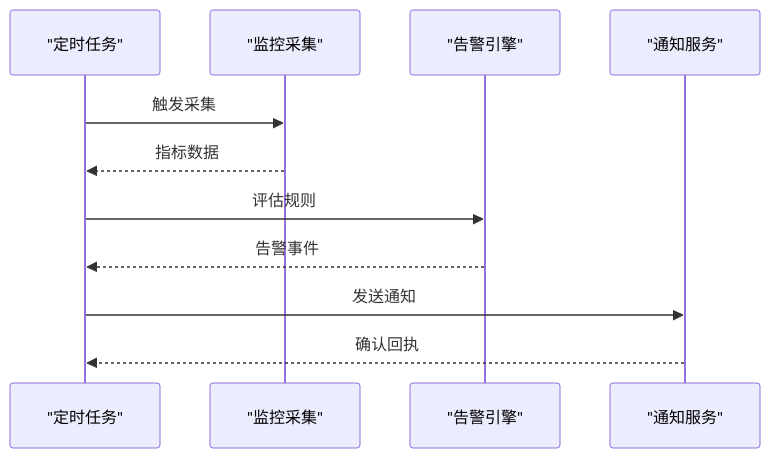
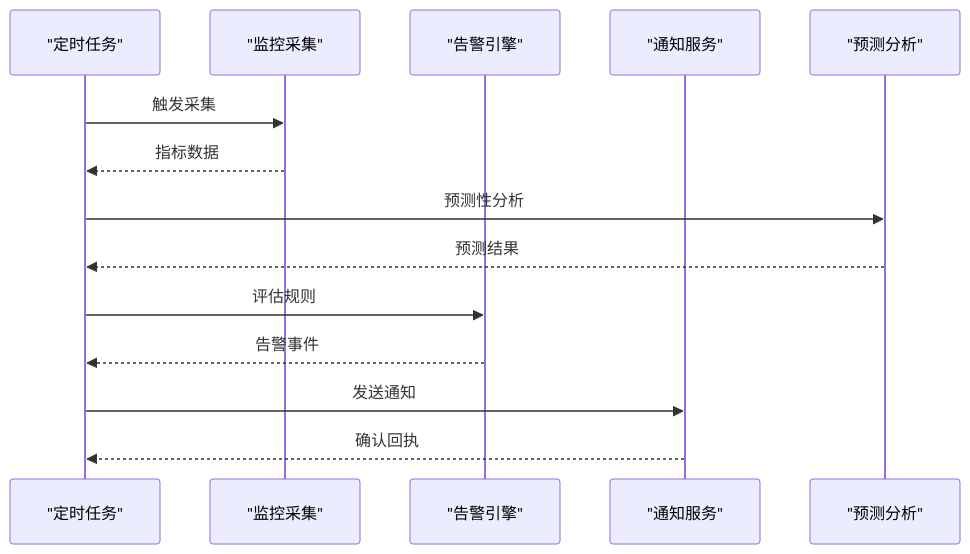
Before and after one commit to 3kaiu/config: the ninth of 10 diagrams in .qoder/repowiki/zh/content/脚本库/镜像脚本/东京节点提供商.md, drawn with Mermaid. The commit also changed other lines of this file and 112 other files, not shown here.

````diff
--- a/.qoder/repowiki/zh/content/脚本库/镜像脚本/东京节点提供商.md
+++ b/.qoder/repowiki/zh/content/脚本库/镜像脚本/东京节点提供商.md
@@ -297,13 +385,16 @@
 ```mermaid
 sequenceDiagram
 participant T as "定时任务"
 participant M as "监控采集"
 participant A as "告警引擎"
 participant N as "通知服务"
+participant P as "预测分析"
 T->>M : 触发采集
 M-->>T : 指标数据
+T->>P : 预测性分析
+P-->>T : 预测结果
 T->>A : 评估规则
 A-->>T : 告警事件
 T->>N : 发送通知
 N-->>T : 确认回执
 ```
````
